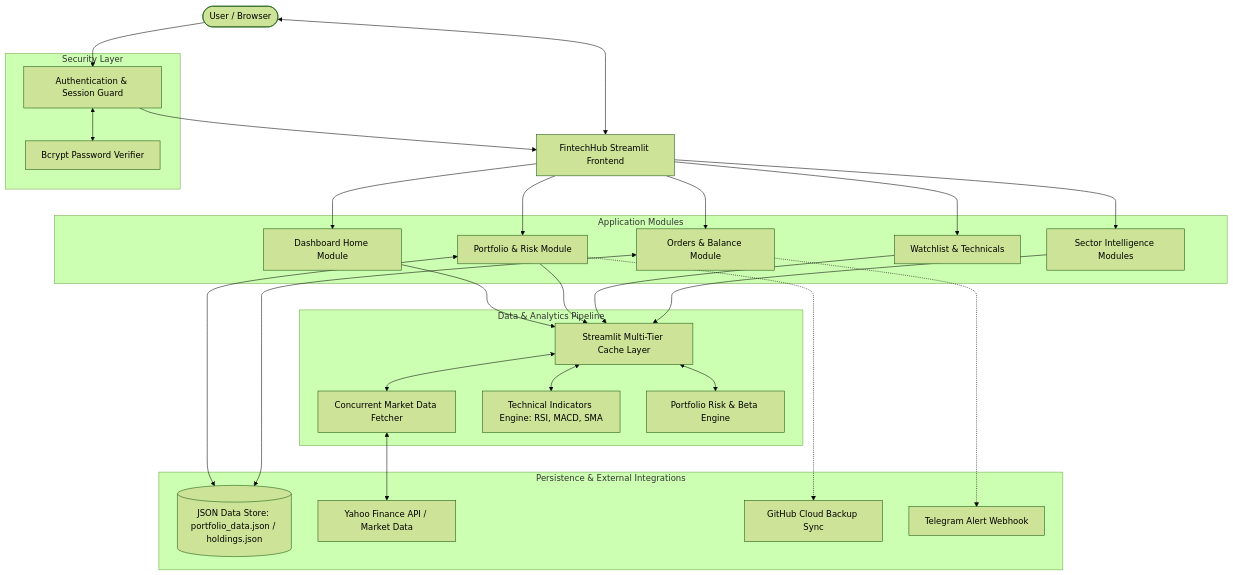
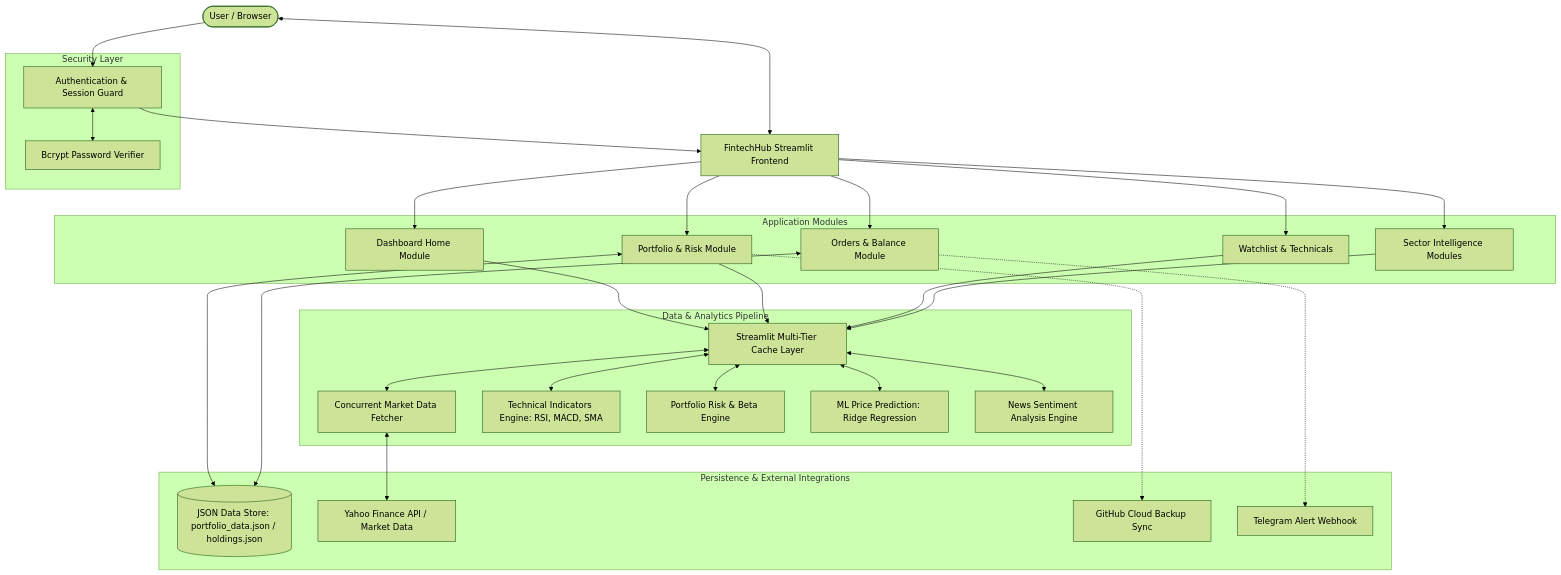
The diagram in README.md (Nitinrajgor07/stock-market-visualization), drawn with Mermaid (forest theme) before and after one commit. The commit also changed other lines of this file and 7 other files, not shown here.

````diff
--- a/README.md
+++ b/README.md
@@ -83,51 +195,55 @@
 ```mermaid
 flowchart TD
     User([User / Browser]) <--> StreamlitUI[FintechHub Streamlit Frontend]
 
     subgraph Security Layer
         Auth[Authentication & Session Guard]
         Bcrypt[Bcrypt Password Verifier]
     end
 
     subgraph Application Modules
         HomeMod[Dashboard Home Module]
         PortMod[Portfolio & Risk Module]
         OrderMod[Orders & Balance Module]
         WatchMod[Watchlist & Technicals]
         SectorMod[Sector Intelligence Modules]
     end
 
     subgraph Data & Analytics Pipeline
         DataFetcher[Concurrent Market Data Fetcher]
         TechAnalytics[Technical Indicators Engine: RSI, MACD, SMA]
         RiskEngine[Portfolio Risk & Beta Engine]
+        MLEngine[ML Price Prediction: Ridge Regression]
+        SentimentEngine[News Sentiment Analysis Engine]
         CacheLayer[Streamlit Multi-Tier Cache Layer]
     end
 
     subgraph Persistence & External Integrations
         JSONStore[(JSON Data Store: portfolio_data.json / holdings.json)]
         YFinance[Yahoo Finance API / Market Data]
         GitHubSync[GitHub Cloud Backup Sync]
         TelegramSync[Telegram Alert Webhook]
     end
 
     User --> Auth
     Auth <--> Bcrypt
     Auth --> StreamlitUI
 
     StreamlitUI --> HomeMod
     StreamlitUI --> PortMod
     StreamlitUI --> OrderMod
     StreamlitUI --> WatchMod
     StreamlitUI --> SectorMod
 
     HomeMod & PortMod & WatchMod & SectorMod --> CacheLayer
     CacheLayer <--> DataFetcher
     CacheLayer <--> TechAnalytics
     CacheLayer <--> RiskEngine
+    CacheLayer <--> MLEngine
+    CacheLayer <--> SentimentEngine
 
     DataFetcher <--> YFinance
     PortMod & OrderMod <--> JSONStore
     PortMod -.-> GitHubSync
     OrderMod -.-> TelegramSync
 ```
````
